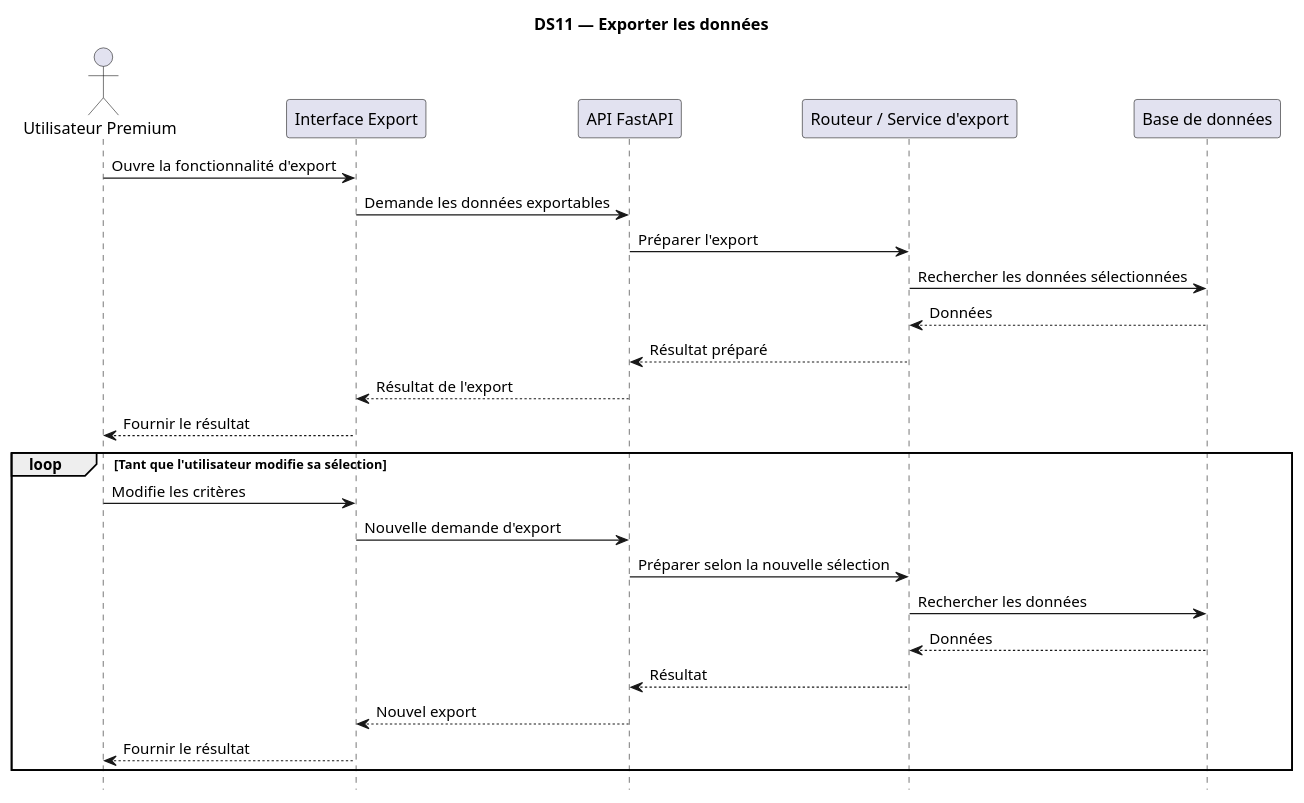
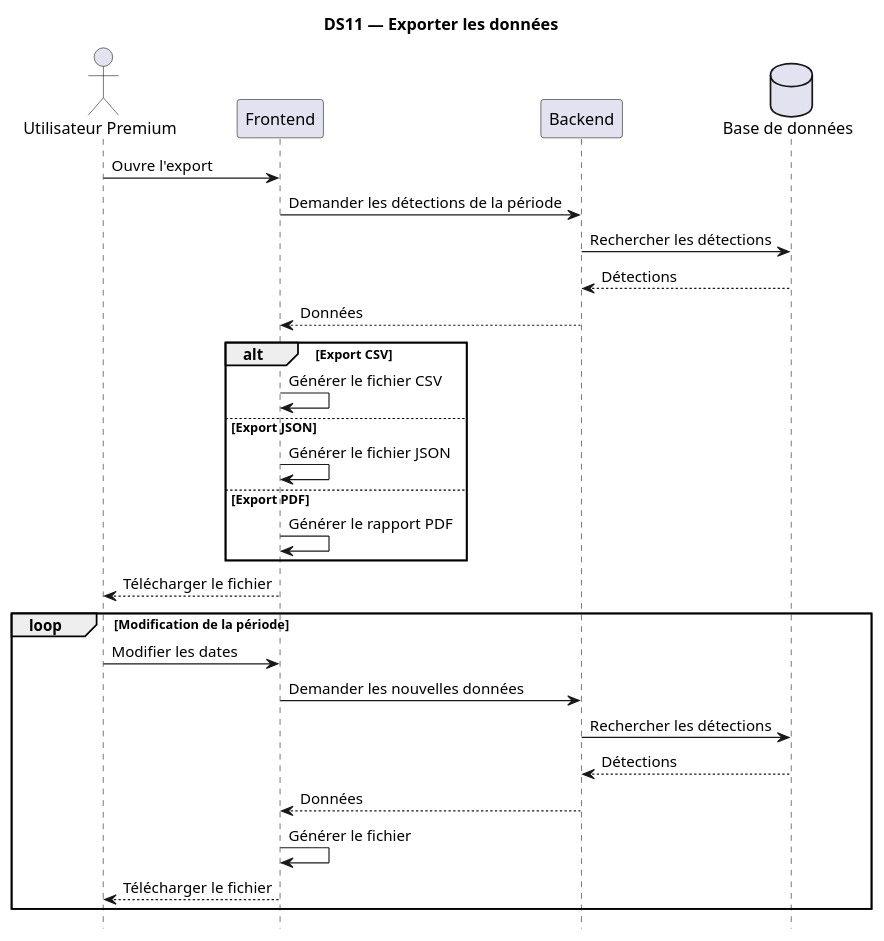
One commit to TkAbeleon/NoteAcemiqueProjetSoutenanceL3 changed the diagram in UML_JeryMotro/DS11_Exporter_donnees.plantuml. Above: the diagram before and after it, drawn with PlantUML.

Commit message:
Corriger DS11 : export réalisé côté frontend

```diff
--- a/UML_JeryMotro/DS11_Exporter_donnees.plantuml
+++ b/UML_JeryMotro/DS11_Exporter_donnees.plantuml
@@ -1,33 +1,38 @@
 @startuml
 
 title DS11 — Exporter les données
 hide footbox
 skinparam shadowing false
 
 actor "Utilisateur Premium" as U
-participant "Interface Export" as I
-participant "API FastAPI" as API
-participant "Routeur / Service d'export" as E
-participant "Base de données" as DB
+participant "Frontend" as F
+participant "Backend" as B
+database "Base de données" as DB
 
-U -> I : Ouvre la fonctionnalité d'export
-I -> API : Demande les données exportables
-API -> E : Préparer l'export
-E -> DB : Rechercher les données sélectionnées
-DB --> E : Données
-E --> API : Résultat préparé
-API --> I : Résultat de l'export
-I --> U : Fournir le résultat
+U -> F : Ouvre l'export
+F -> B : Demander les détections de la période
+B -> DB : Rechercher les détections
+DB --> B : Détections
+B --> F : Données
 
-loop Tant que l'utilisateur modifie sa sélection
-    U -> I : Modifie les critères
-    I -> API : Nouvelle demande d'export
-    API -> E : Préparer selon la nouvelle sélection
-    E -> DB : Rechercher les données
-    DB --> E : Données
-    E --> API : Résultat
-    API --> I : Nouvel export
-    I --> U : Fournir le résultat
+alt Export CSV
+    F -> F : Générer le fichier CSV
+else Export JSON
+    F -> F : Générer le fichier JSON
+else Export PDF
+    F -> F : Générer le rapport PDF
+end
+
+F --> U : Télécharger le fichier
+
+loop Modification de la période
+    U -> F : Modifier les dates
+    F -> B : Demander les nouvelles données
+    B -> DB : Rechercher les détections
+    DB --> B : Détections
+    B --> F : Données
+    F -> F : Générer le fichier
+    F --> U : Télécharger le fichier
 end
 
 @enduml
```
